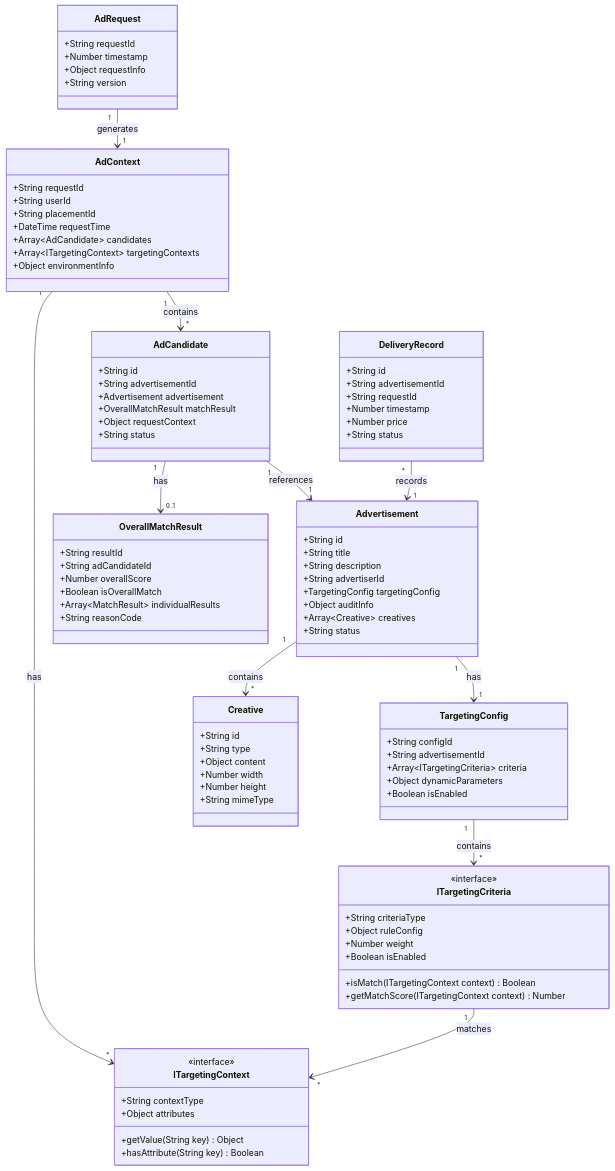
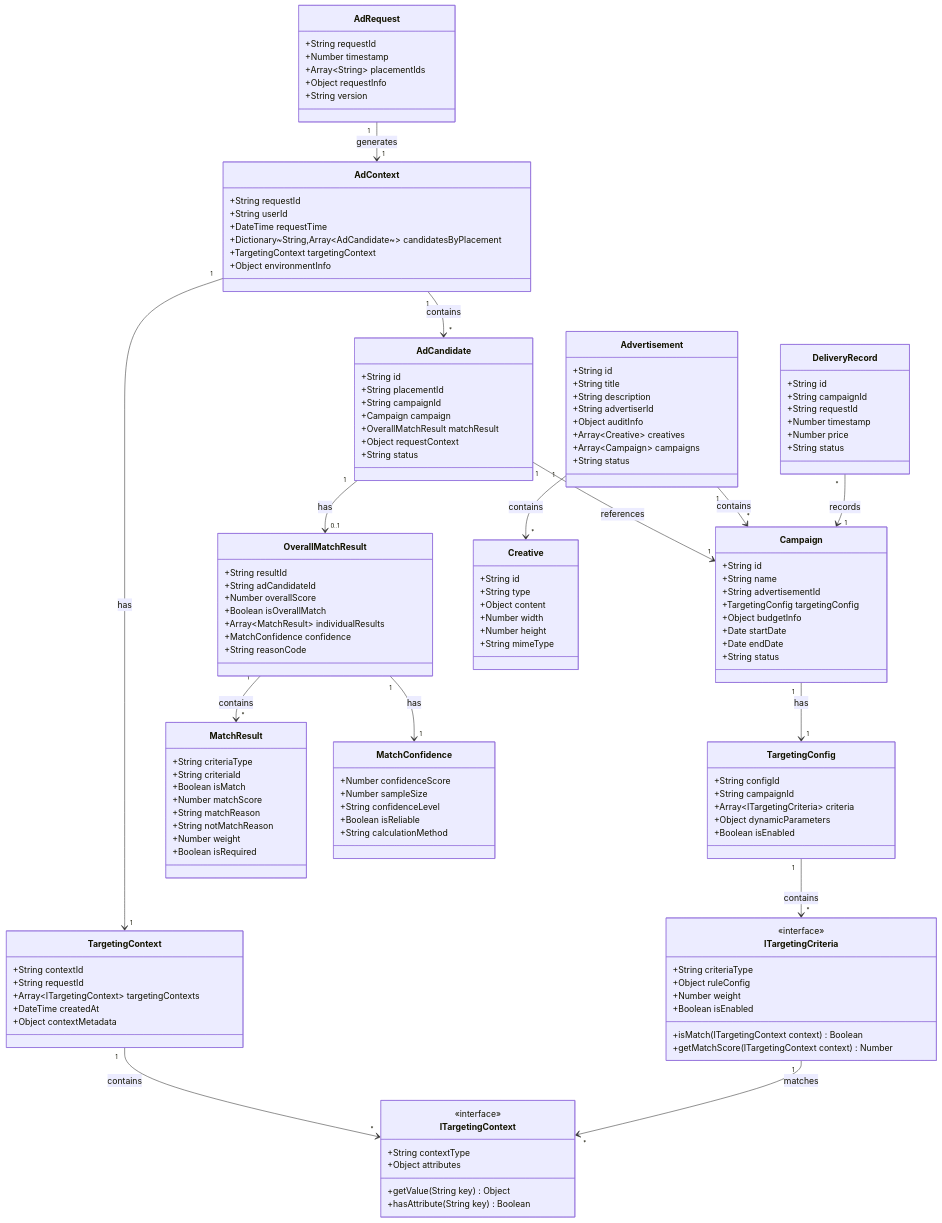
One commit to lornshrimp/Lorn.ADSP changed the first of 3 diagrams in docs_ProductDesign/广告投放引擎/数据模型设计.md. Above: the diagram before and after it, drawn with Mermaid. The commit also changed other lines of this file and 15 other files, not shown here.

First line of the commit message:
feat: Implement MatchConfidence and MatchResult value objects with statistical metrics

````diff
--- a/docs_ProductDesign/广告投放引擎/数据模型设计.md
+++ b/docs_ProductDesign/广告投放引擎/数据模型设计.md
@@ -9,6 +9,7 @@
     class AdRequest {
         +String requestId
         +Number timestamp
+        +Array~String~ placementIds
         +Object requestInfo
         +String version
     }
@@ -16,17 +17,25 @@
     class AdContext {
         +String requestId
         +String userId
-        +String placementId
         +DateTime requestTime
-        +Array~AdCandidate~ candidates
+        +Dictionary~String,Array~AdCandidate~~ candidatesByPlacement
+        +TargetingContext targetingContext
+        +Object environmentInfo
+    }
+    
+    class TargetingContext {
+        +String contextId
+        +String requestId
         +Array~ITargetingContext~ targetingContexts
-        +Object environmentInfo
+        +DateTime createdAt
+        +Object contextMetadata
     }
     
     class AdCandidate {
         +String id
-        +String advertisementId
-        +Advertisement advertisement
+        +String placementId
+        +String campaignId
+        +Campaign campaign
         +OverallMatchResult matchResult
         +Object requestContext
         +String status
@@ -37,15 +46,26 @@
         +String title
         +String description
         +String advertiserId
-        +TargetingConfig targetingConfig
         +Object auditInfo
         +Array~Creative~ creatives
+        +Array~Campaign~ campaigns
+        +String status
+    }
+    
+    class Campaign {
+        +String id
+        +String name
+        +String advertisementId
+        +TargetingConfig targetingConfig
+        +Object budgetInfo
+        +Date startDate
+        +Date endDate
         +String status
     }
     
     class TargetingConfig {
         +String configId
-        +String advertisementId
+        +String campaignId
         +Array~ITargetingCriteria~ criteria
         +Object dynamicParameters
         +Boolean isEnabled
@@ -75,7 +95,27 @@
         +Number overallScore
         +Boolean isOverallMatch
         +Array~MatchResult~ individualResults
+        +MatchConfidence confidence
         +String reasonCode
+    }
+    
+    class MatchResult {
+        +String criteriaType
+        +String criteriaId
+        +Boolean isMatch
+        +Number matchScore
+        +String matchReason
+        +String notMatchReason
+        +Number weight
+        +Boolean isRequired
+    }
+    
+    class MatchConfidence {
+        +Number confidenceScore
+        +Number sampleSize
+        +String confidenceLevel
+        +Boolean isReliable
+        +String calculationMethod
     }
 
     class Creative {
@@ -89,7 +129,7 @@
 
     class DeliveryRecord {
         +String id
-        +String advertisementId
+        +String campaignId
         +String requestId
         +Number timestamp
         +Number price
@@ -98,12 +138,16 @@
 
     AdRequest "1" --> "1" AdContext : generates
     AdContext "1" --> "*" AdCandidate : contains
-    AdContext "1" --> "*" ITargetingContext : has
-    AdCandidate "1" --> "1" Advertisement : references
+    AdContext "1" --> "1" TargetingContext : has
+    TargetingContext "1" --> "*" ITargetingContext : contains
+    AdCandidate "1" --> "1" Campaign : references
     AdCandidate "1" --> "0..1" OverallMatchResult : has
-    Advertisement "1" --> "1" TargetingConfig : has
+    OverallMatchResult "1" --> "*" MatchResult : contains
+    OverallMatchResult "1" --> "1" MatchConfidence : has
+    Advertisement "1" --> "*" Campaign : contains
+    Campaign "1" --> "1" TargetingConfig : has
     Advertisement "1" --> "*" Creative : contains
     TargetingConfig "1" --> "*" ITargetingCriteria : contains
     ITargetingCriteria "1" --> "*" ITargetingContext : matches
-    DeliveryRecord "*" --> "1" Advertisement : records
+    DeliveryRecord "*" --> "1" Campaign : records
 ```
````
